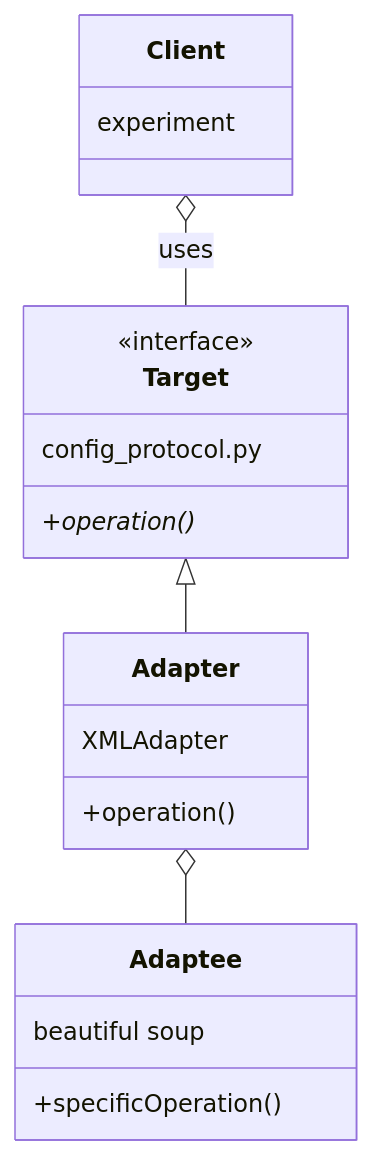
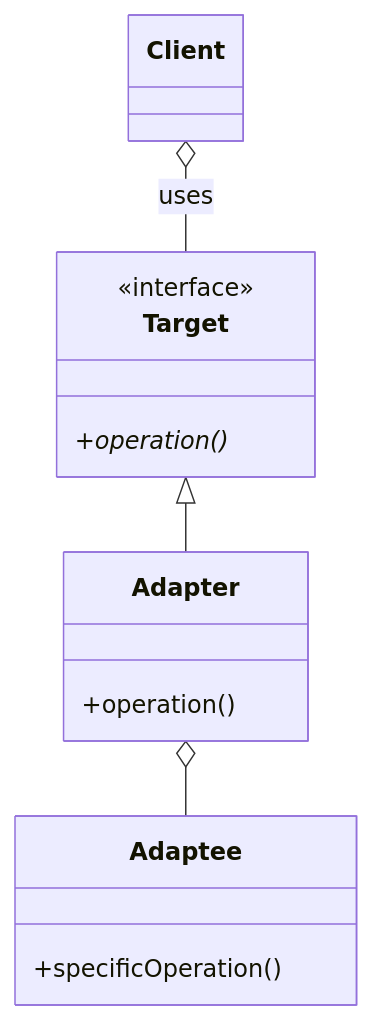
The diagram in Adapter/memo.md (hirotoshimizu/design-patterns), drawn with Mermaid before and after one commit.

````diff
--- a/Adapter/memo.md
+++ b/Adapter/memo.md
@@ -24,23 +24,18 @@
 ```mermaid
 classDiagram
     class Client {
-        experiment
     }
     class Target {
         <<interface>>
-        config_protocol.py
         +operation()*
     }
     class Adapter {
-        XMLAdapter
         +operation()
     }
     class Adaptee {
-        beautiful soup
-
         +specificOperation()
     }
     Target <|-- Adapter
     Client o-- Target : uses
     Adapter o-- Adaptee
 ```
````
